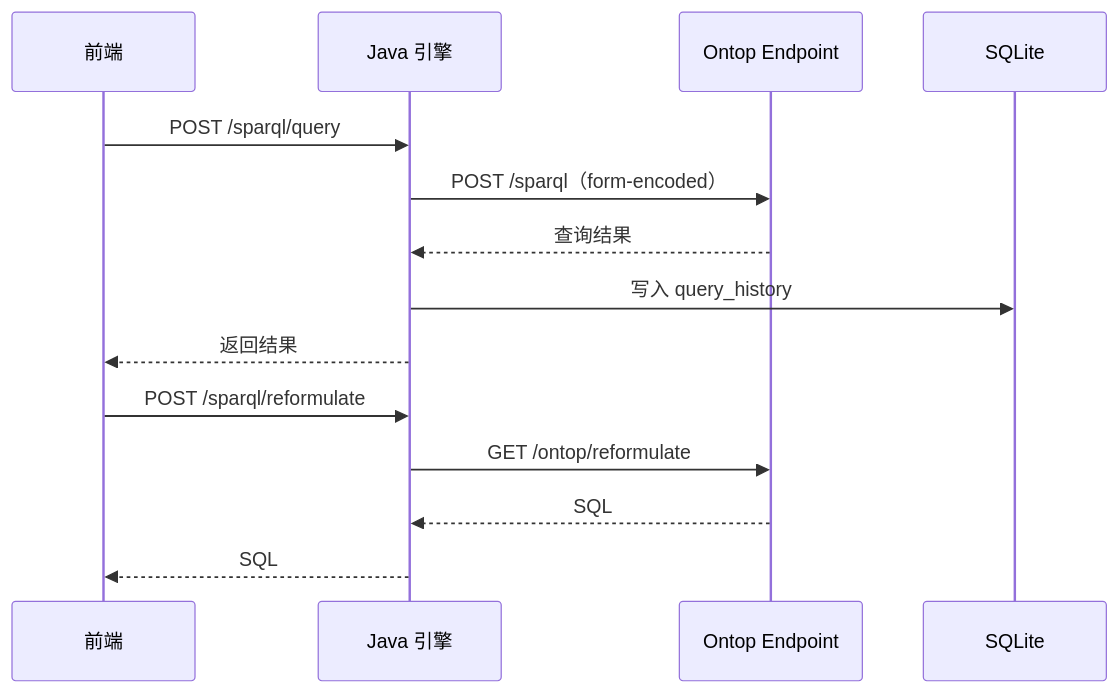
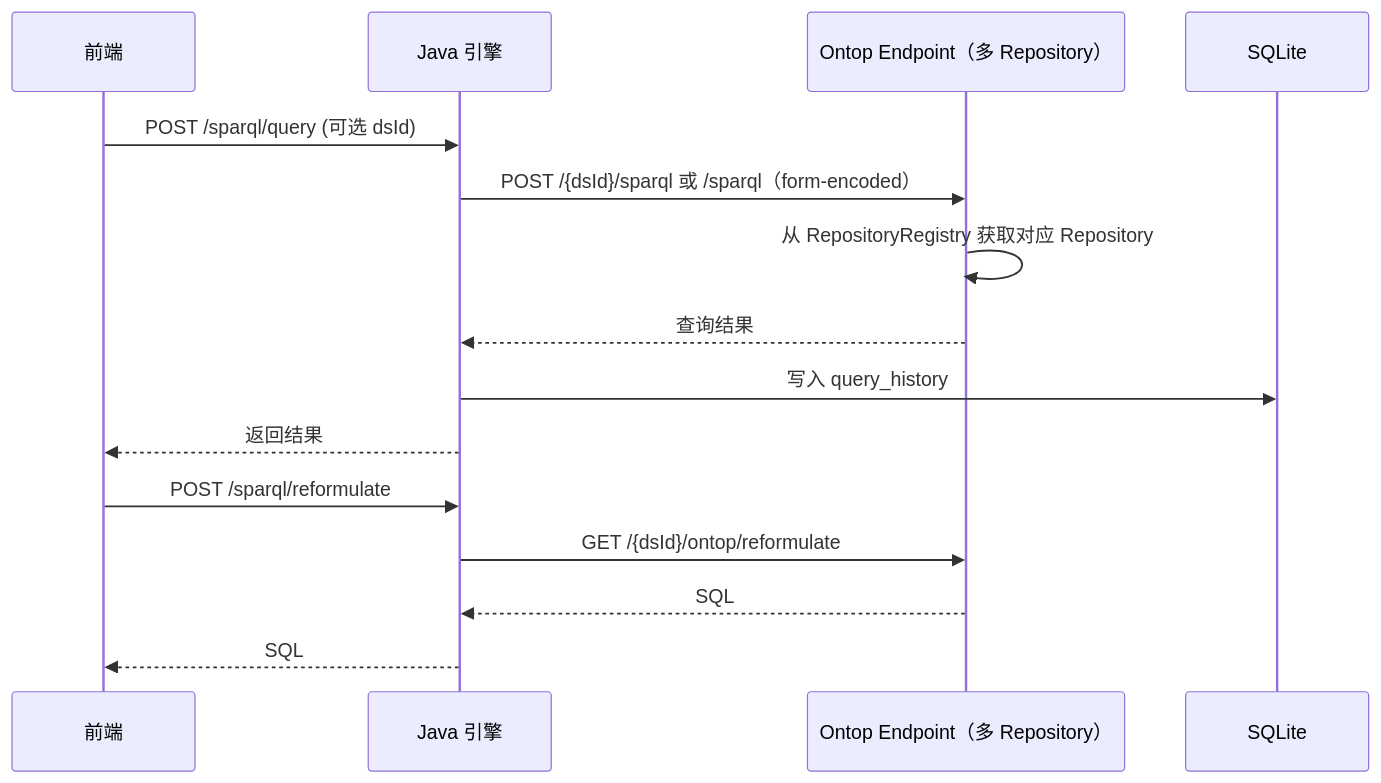
The second of 3 diagrams in docs/架构设计.md (wank125/ontop-aether), drawn with Mermaid before and after one commit. The commit also changed other lines of this file and 7 other files, not shown here.

````diff
--- a/docs/架构设计.md
+++ b/docs/架构设计.md
@@ -444,17 +454,18 @@
 ```mermaid
 sequenceDiagram
     participant UI as 前端
     participant Engine as Java 引擎
-    participant EP as Ontop Endpoint
+    participant EP as Ontop Endpoint（多 Repository）
     participant DB as SQLite
 
-    UI->>Engine: POST /sparql/query
-    Engine->>EP: POST /sparql（form-encoded）
+    UI->>Engine: POST /sparql/query (可选 dsId)
+    Engine->>EP: POST /{dsId}/sparql 或 /sparql（form-encoded）
+    EP->>EP: 从 RepositoryRegistry 获取对应 Repository
     EP-->>Engine: 查询结果
     Engine->>DB: 写入 query_history
     Engine-->>UI: 返回结果
     UI->>Engine: POST /sparql/reformulate
-    Engine->>EP: GET /ontop/reformulate
+    Engine->>EP: GET /{dsId}/ontop/reformulate
     EP-->>Engine: SQL
     Engine-->>UI: SQL
 ```
````
